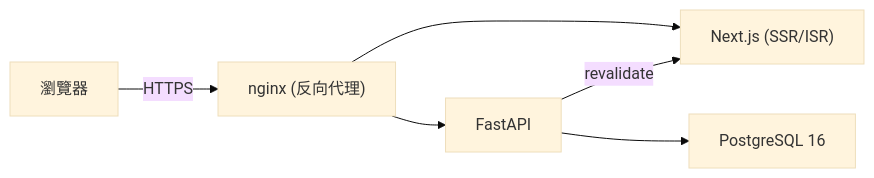
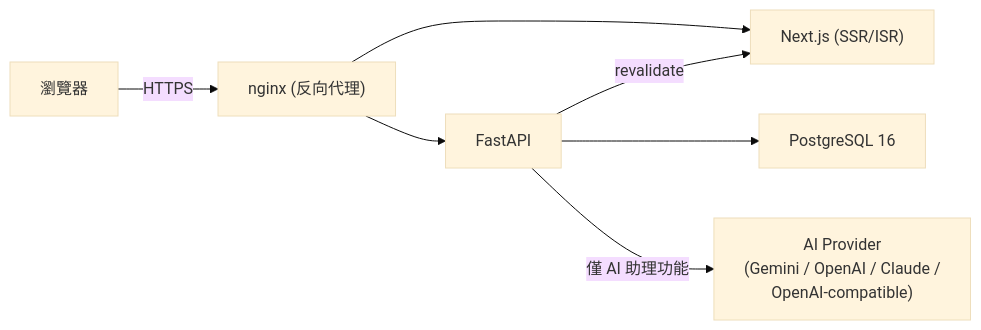
Before and after one commit to leo031523/website: the first of 3 diagrams in README.md, drawn with Mermaid (base theme). The commit also changed other lines of this file and 13 other files, not shown here.

First line of the commit message:
Phase 4：作品展示強化（截圖、ER 圖、AI 流程圖、技術決策紀錄）

````diff
--- a/README.md
+++ b/README.md
@@ -67,8 +80,9 @@
 ```mermaid
 flowchart LR
     Browser["瀏覽器"] -->|HTTPS| Nginx["nginx (反向代理)"]
     Nginx --> Frontend["Next.js (SSR/ISR)"]
     Nginx --> Backend["FastAPI"]
     Backend --> DB["PostgreSQL 16"]
     Backend -->|revalidate| Frontend
+    Backend -->|"僅 AI 助理功能"| Provider["AI Provider<br/>(Gemini / OpenAI / Claude /<br/>OpenAI-compatible)"]
 ```
````
